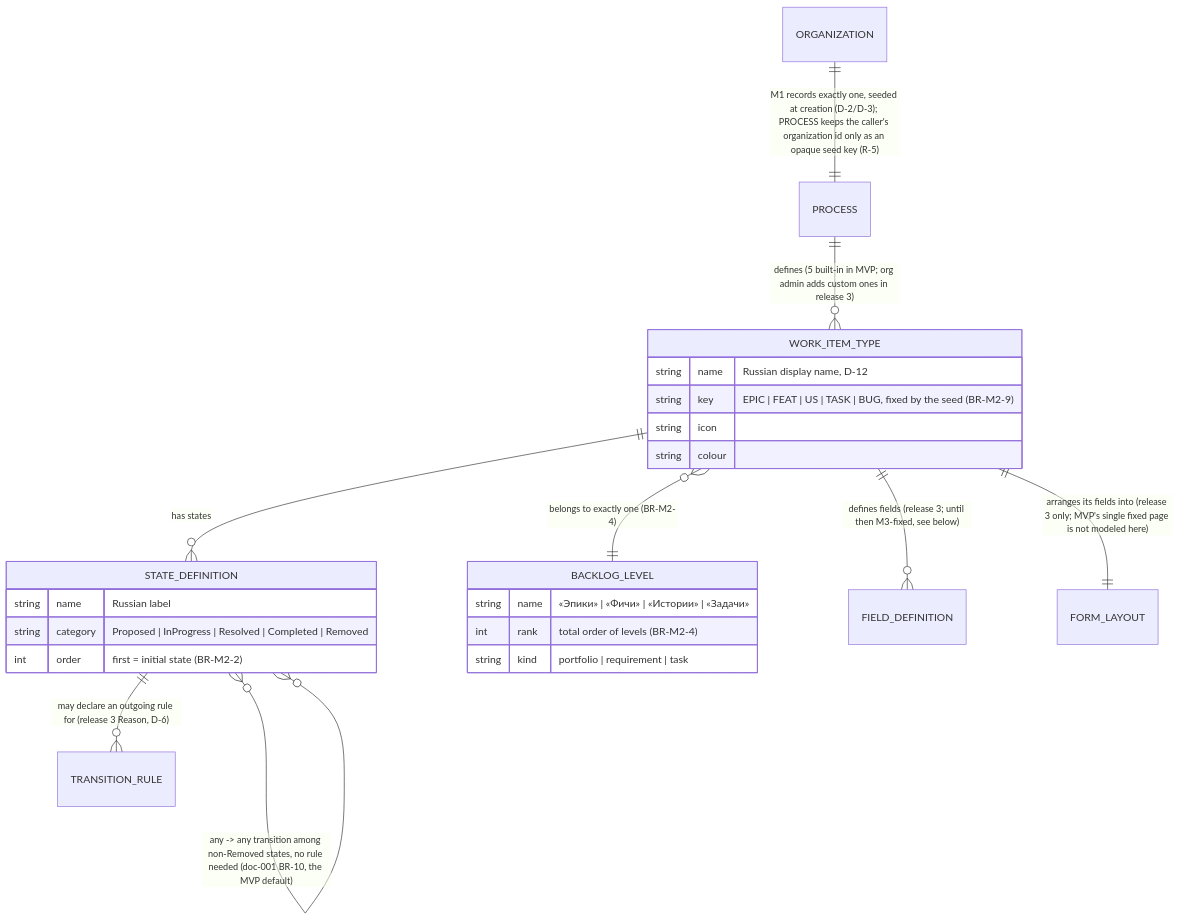
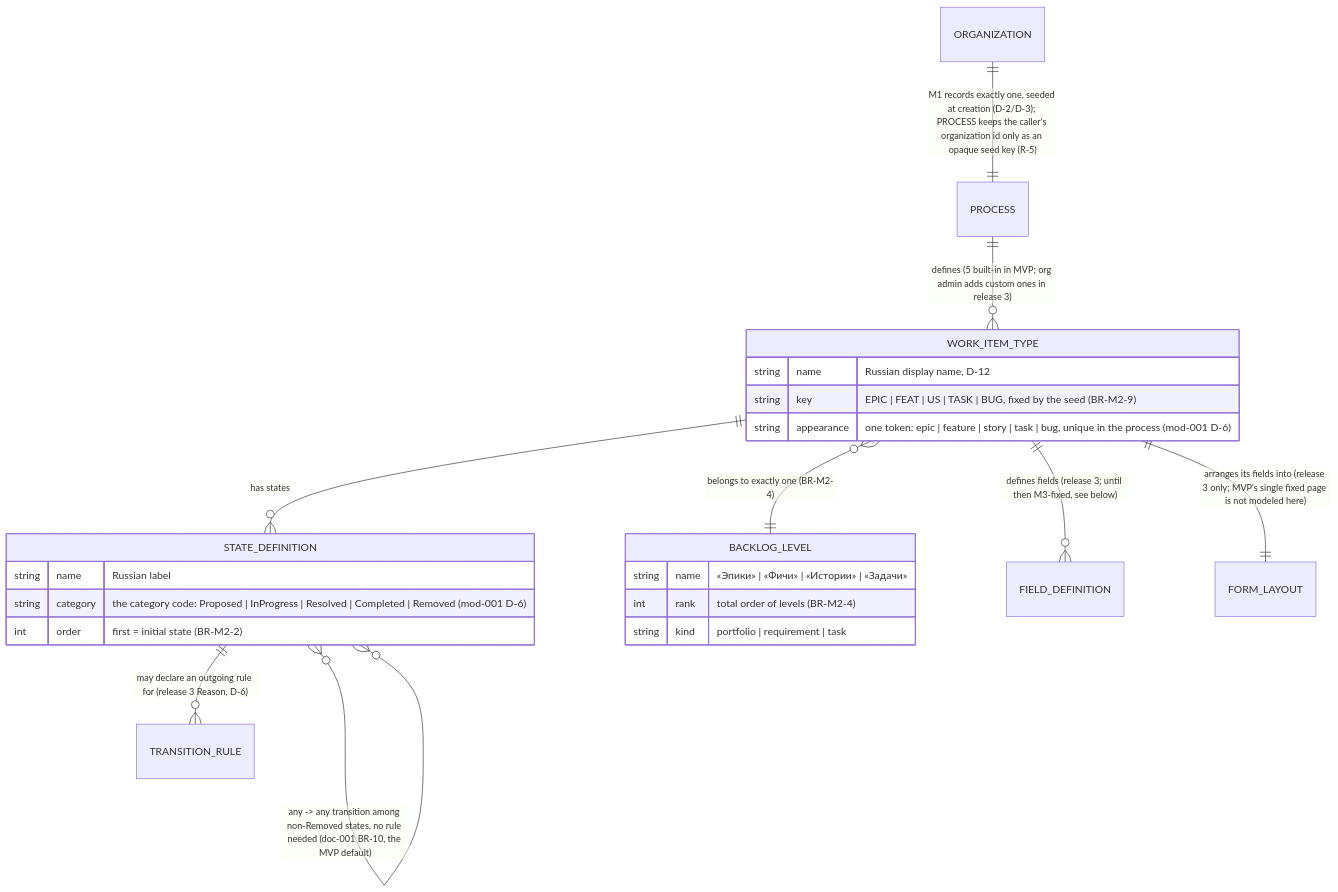
The first of 2 diagrams in docs/features/doc-007-process-customization/spec.md (totKtoXam/mustask), drawn with Mermaid before and after one commit. The commit also changed other lines of this file and 117 other files, not shown here.

First line of the commit message:
feat(process): default process seed and the process screen (mod-001)

````diff
--- a/docs/features/doc-007-process-customization/spec.md
+++ b/docs/features/doc-007-process-customization/spec.md
@@ -52,27 +52,26 @@
 ```mermaid
 erDiagram
     WORK_ITEM_TYPE {
         string name "Russian display name, D-12"
         string key "EPIC | FEAT | US | TASK | BUG, fixed by the seed (BR-M2-9)"
-        string icon
-        string colour
+        string appearance "one token: epic | feature | story | task | bug, unique in the process (mod-001 D-6)"
     }
     STATE_DEFINITION {
         string name "Russian label"
-        string category "Proposed | InProgress | Resolved | Completed | Removed"
+        string category "the category code: Proposed | InProgress | Resolved | Completed | Removed (mod-001 D-6)"
         int order "first = initial state (BR-M2-2)"
     }
     BACKLOG_LEVEL {
         string name "«Эпики» | «Фичи» | «Истории» | «Задачи»"
         int rank "total order of levels (BR-M2-4)"
         string kind "portfolio | requirement | task"
     }
     ORGANIZATION ||--|| PROCESS : "M1 records exactly one, seeded at creation (D-2/D-3); PROCESS keeps the caller's organization id only as an opaque seed key (R-5)"
     PROCESS ||--o{ WORK_ITEM_TYPE : "defines (5 built-in in MVP; org admin adds custom ones in release 3)"
     WORK_ITEM_TYPE ||--o{ STATE_DEFINITION : "has states"
     WORK_ITEM_TYPE }o--|| BACKLOG_LEVEL : "belongs to exactly one (BR-M2-4)"
     WORK_ITEM_TYPE ||--o{ FIELD_DEFINITION : "defines fields (release 3; until then M3-fixed, see below)"
     WORK_ITEM_TYPE ||--|| FORM_LAYOUT : "arranges its fields into (release 3 only; MVP's single fixed page is not modeled here)"
     STATE_DEFINITION ||--o{ TRANSITION_RULE : "may declare an outgoing rule for (release 3 Reason, D-6)"
     STATE_DEFINITION }o--o{ STATE_DEFINITION : "any -> any transition among non-Removed states, no rule needed (doc-001 BR-10, the MVP default)"
 ```
````
